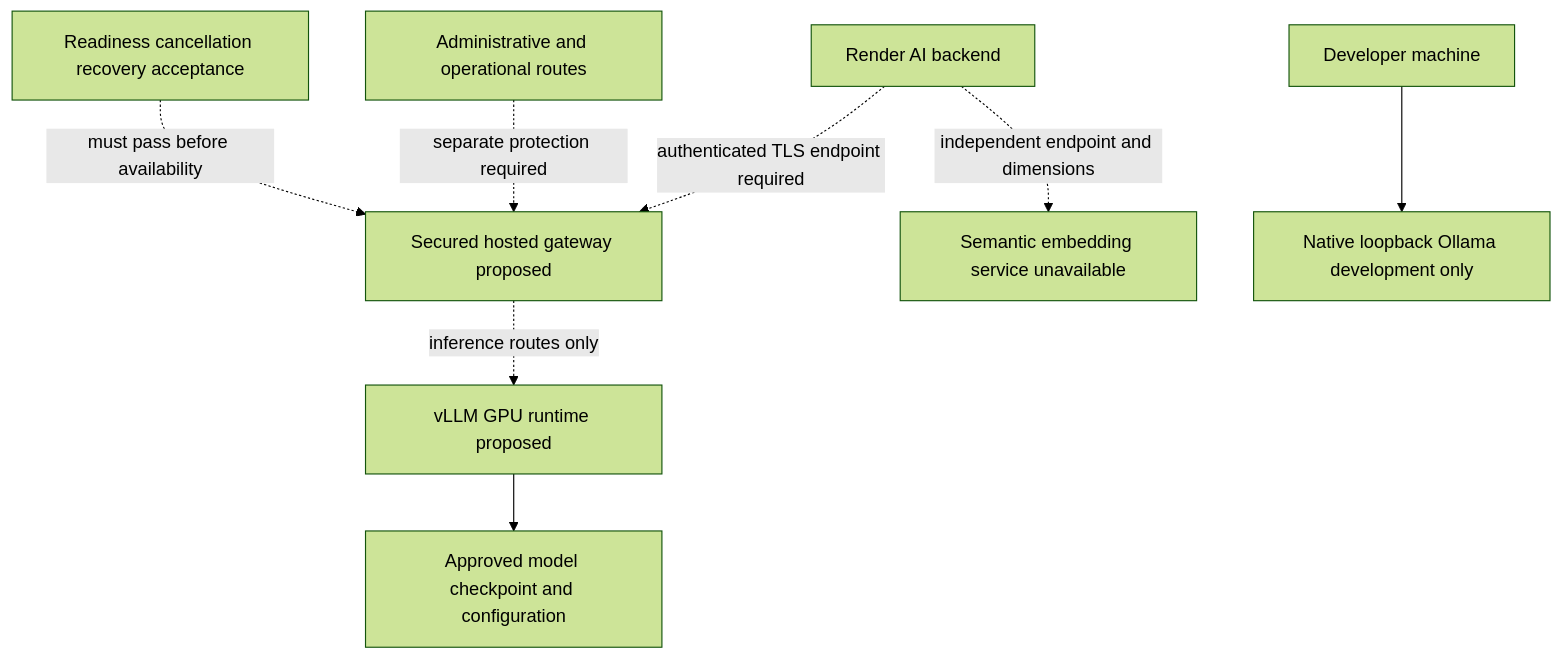
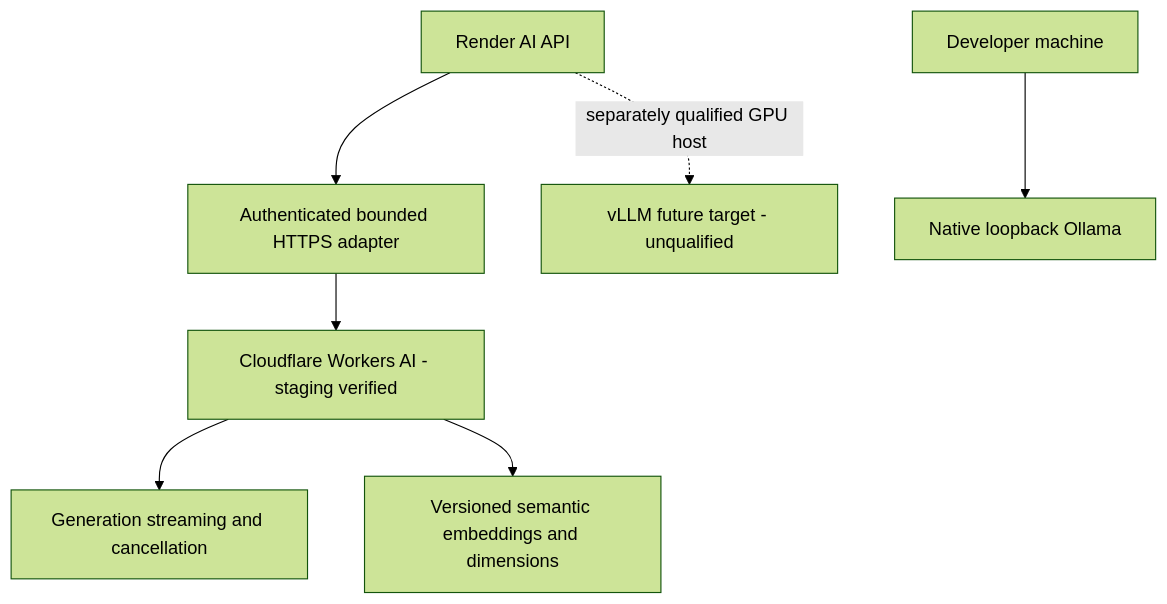
The diagram in docs/diagrams/public-model-host.mmd (DruHustle/onesa-ai-platform), drawn with Mermaid (forest theme) before and after one commit. The commit also changed 88 other files, not shown here.

Commit message:
Add visual engineering onboarding and current deployment architecture

```diff
--- a/docs/diagrams/public-model-host.mmd
+++ b/docs/diagrams/public-model-host.mmd
@@ -1,8 +1,7 @@
 flowchart TB
-API[Render AI backend] -. authenticated TLS endpoint required .-> Gateway[Secured hosted gateway proposed]
-Gateway -. inference routes only .-> VLLM[vLLM GPU runtime proposed]
-Admin[Administrative and operational routes] -. separate protection required .-> Gateway
-VLLM --> Checkpoint[Approved model checkpoint and configuration]
-API -. independent endpoint and dimensions .-> Embed[Semantic embedding service unavailable]
-Local[Developer machine] --> Ollama[Native loopback Ollama development only]
-Health[Readiness cancellation recovery acceptance] -. must pass before availability .-> Gateway
+API[Render AI API] --> Auth[Authenticated bounded HTTPS adapter]
+Auth --> CF[Cloudflare Workers AI - staging verified]
+CF --> Generate[Generation streaming and cancellation]
+CF --> Embed[Versioned semantic embeddings and dimensions]
+Local[Developer machine] --> Ollama[Native loopback Ollama]
+API -. separately qualified GPU host .-> VLLM[vLLM future target - unqualified]
```
